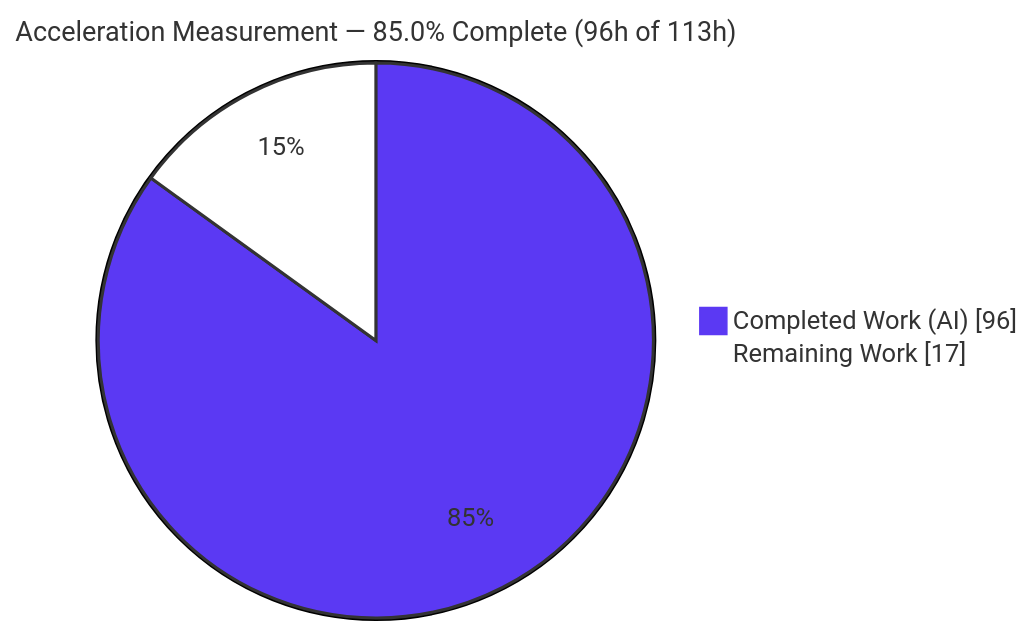
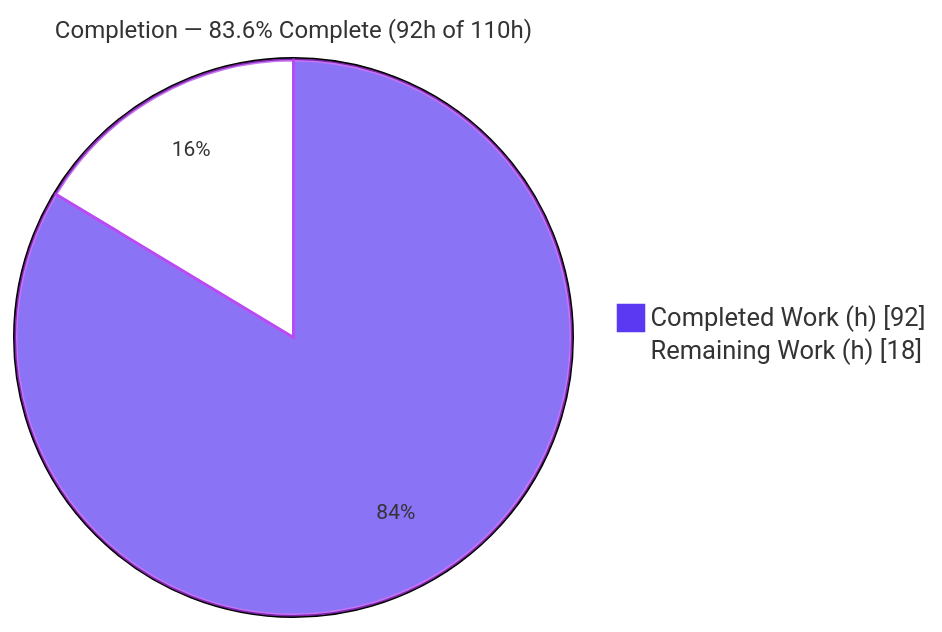
One commit to Blitzy-Sandbox/blitzy-cal changed the first of 3 diagrams in blitzy/documentation/Project Guide.md. Above: the diagram before and after it, drawn with Mermaid. The commit also changed other lines of this file, not shown here.

Commit message:
Adding Blitzy Project Guide: Project Status and Human Tasks Remaining

````diff
--- a/blitzy/documentation/Project Guide.md
+++ b/blitzy/documentation/Project Guide.md
@@ -13,6 +15,6 @@
 ```mermaid
-%%{init: {'theme':'base','themeVariables':{'pie1':'#5B39F3','pie2':'#FFFFFF','pieStrokeColor':'#333333','pieStrokeWidth':'2px','pieOuterStrokeWidth':'2px','pieTitleTextSize':'18px','pieSectionTextColor':'#333333','pieLegendTextColor':'#333333','pieOpacity':'1'}}}%%
-pie showData title Acceleration Measurement — 85.0% Complete (96h of 113h)
-    "Completed Work (AI)" : 96
-    "Remaining Work" : 17
+%%{init: {'theme':'base', 'themeVariables': {'pie1':'#5B39F3','pie2':'#FFFFFF','pieStrokeColor':'#B23AF2','pieStrokeWidth':'2px','pieOuterStrokeWidth':'2px','pieTitleTextSize':'16px','pieSectionTextSize':'14px'}}}%%
+pie showData title Completion — 83.6% Complete (92h of 110h)
+    "Completed Work (h)" : 92
+    "Remaining Work (h)" : 18
 ```
````
